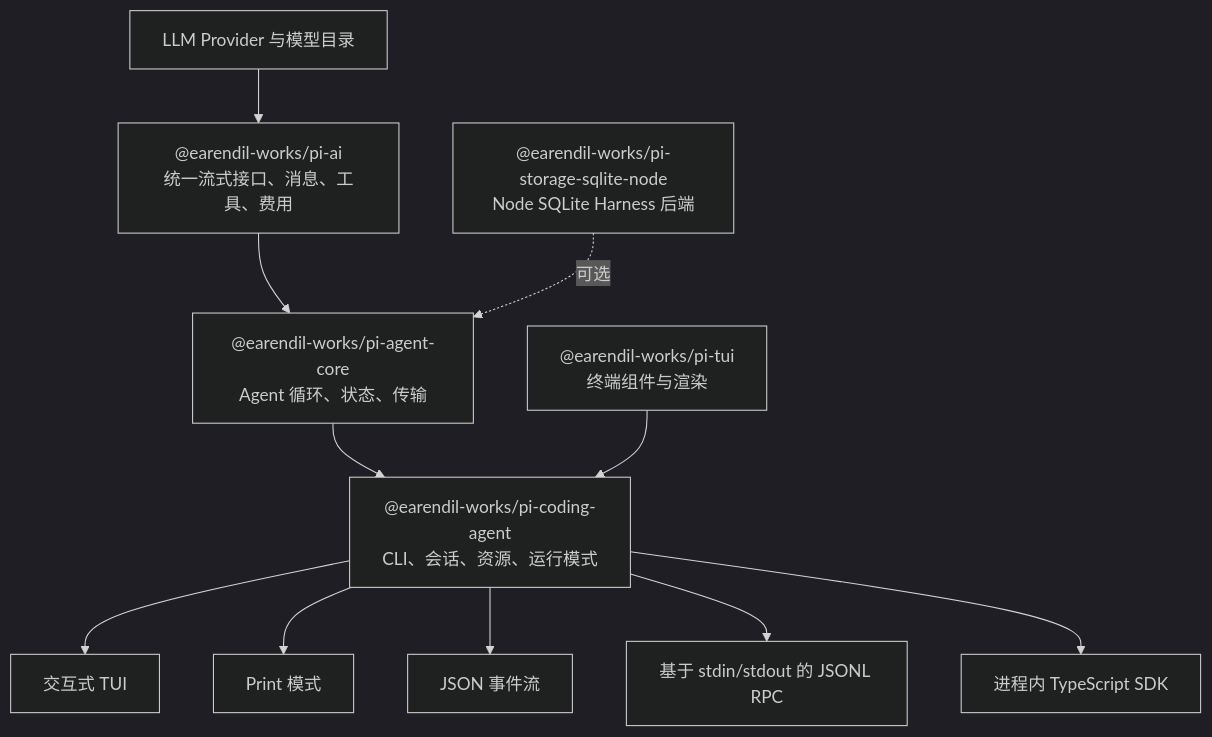
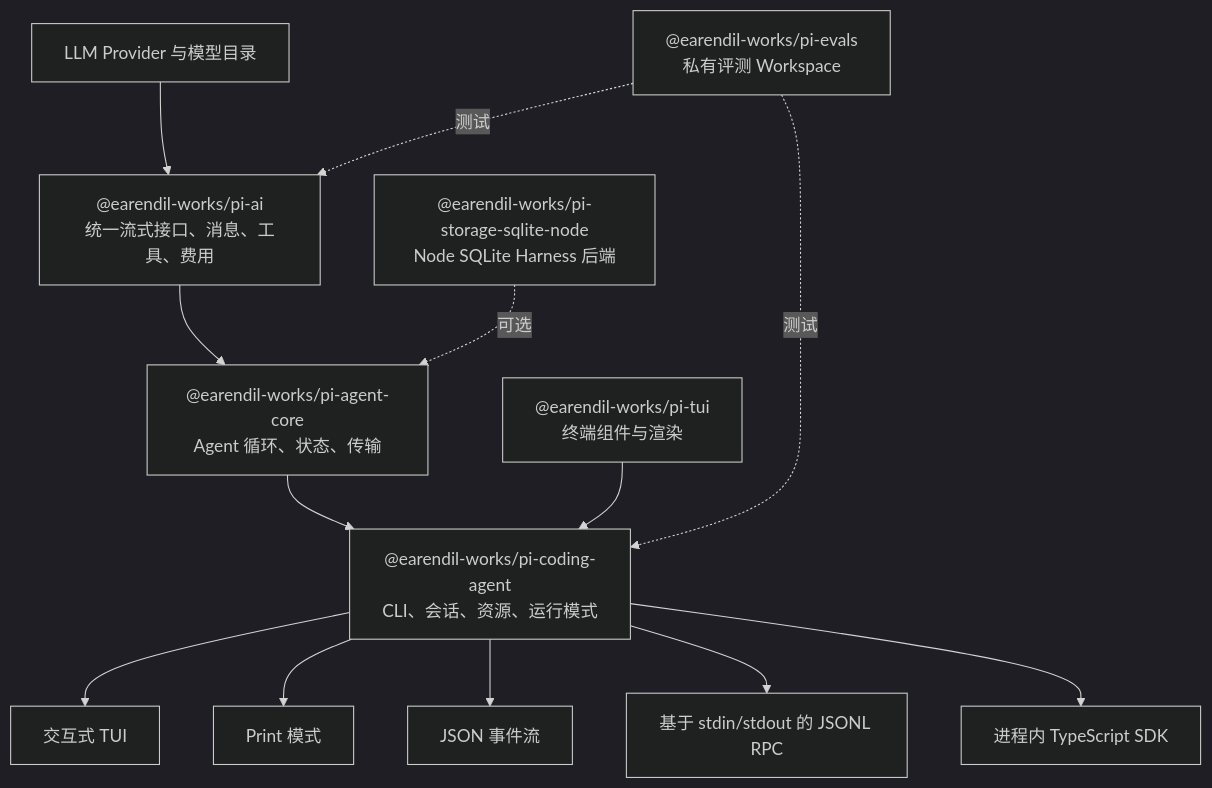
Before and after one commit to aaron-he-zhu/awesome-pi-agent-practices: the first of 6 diagrams in docs/architecture.zh-CN.md, drawn with Mermaid (dark theme). The commit also changed other lines of this file and 39 other files, not shown here.

````diff
--- a/docs/architecture.zh-CN.md
+++ b/docs/architecture.zh-CN.md
@@ -15,13 +15,15 @@
 ```mermaid
 flowchart TB
   Providers["LLM Provider 与模型目录"] --> AI["@earendil-works/pi-ai<br/>统一流式接口、消息、工具、费用"]
   AI --> Agent["@earendil-works/pi-agent-core<br/>Agent 循环、状态、传输"]
   Agent --> Coding["@earendil-works/pi-coding-agent<br/>CLI、会话、资源、运行模式"]
   TUI["@earendil-works/pi-tui<br/>终端组件与渲染"] --> Coding
   Storage["@earendil-works/pi-storage-sqlite-node<br/>Node SQLite Harness 后端"] -. "可选" .-> Agent
+  Evals["@earendil-works/pi-evals<br/>私有评测 Workspace"] -. "测试" .-> AI
+  Evals -. "测试" .-> Coding
   Coding --> Interactive["交互式 TUI"]
   Coding --> Print["Print 模式"]
   Coding --> JSON["JSON 事件流"]
   Coding --> RPC["基于 stdin/stdout 的 JSONL RPC"]
   Coding --> SDK["进程内 TypeScript SDK"]
 ```
````
